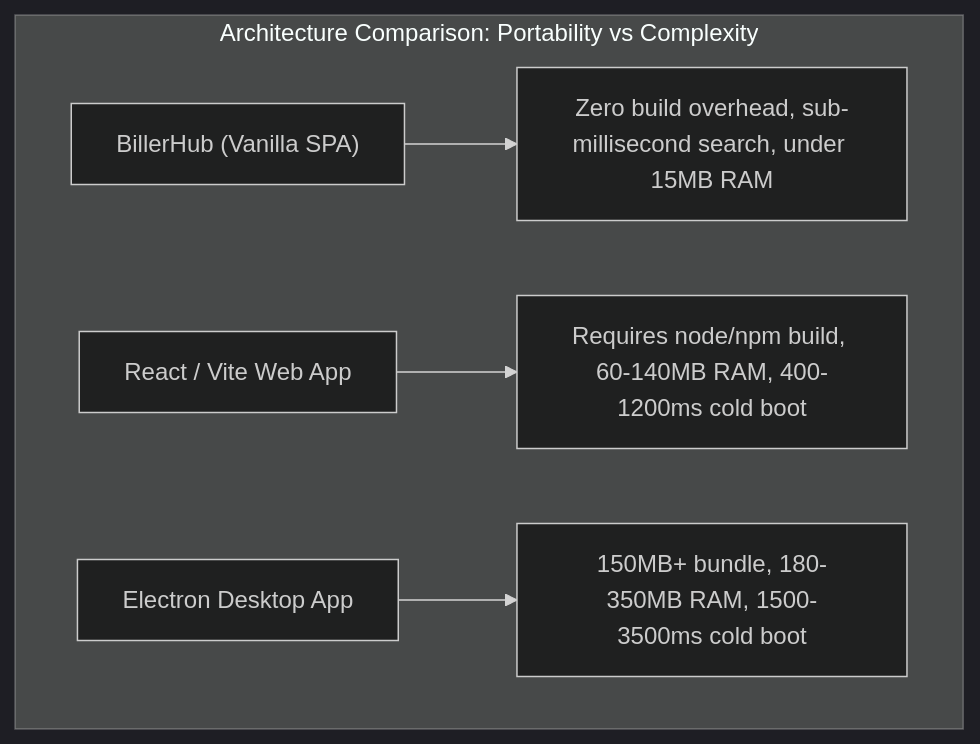
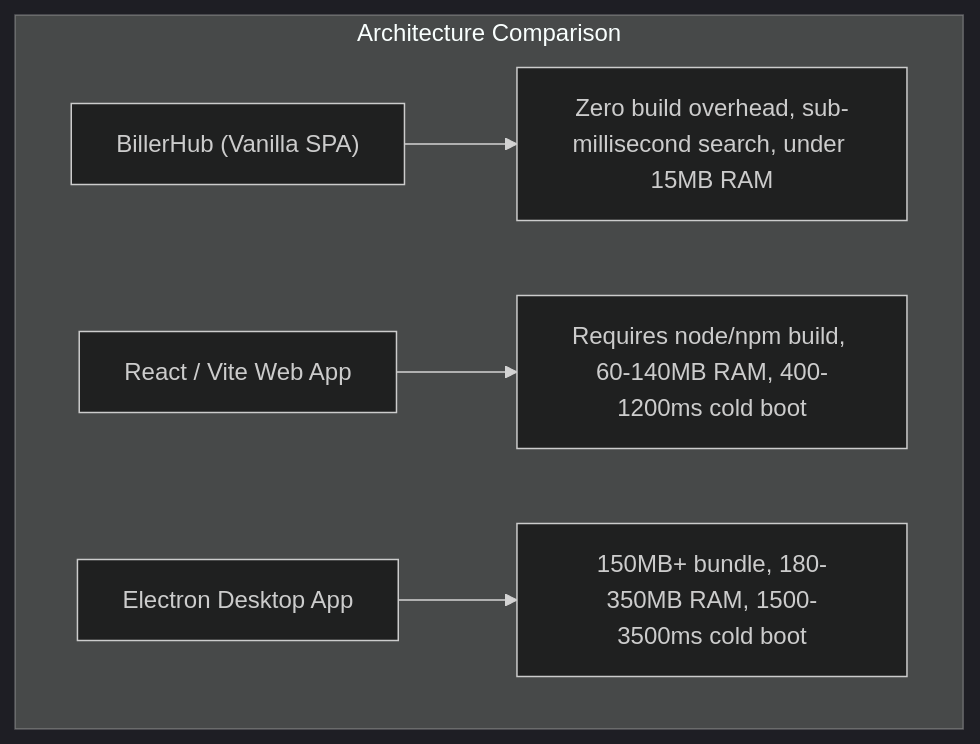
The seventh of 7 diagrams in synced-docs/cf-admin/documentation/archive/DO NOT SCAN!/SYSTEM_PERFORMANCE_AND_SECURITY.md (Harshil8136/chess-game1), drawn with Mermaid (dark theme) before and after one commit. The commit also changed other lines of this file and 4 other files, not shown here.

````diff
--- a/synced-docs/cf-admin/documentation/archive/DO NOT SCAN!/SYSTEM_PERFORMANCE_AND_SECURITY.md
+++ b/synced-docs/cf-admin/documentation/archive/DO NOT SCAN!/SYSTEM_PERFORMANCE_AND_SECURITY.md
@@ -359,8 +359,8 @@
 ```mermaid
 flowchart TD
-    subgraph ArchitectureComparison ["Architecture Comparison: Portability vs Complexity"]
+    subgraph ArchitectureComparison [Architecture Comparison]
         A1["BillerHub (Vanilla SPA)"] --> A1Desc["Zero build overhead, sub-millisecond search, under 15MB RAM"]
         A2["React / Vite Web App"] --> A2Desc["Requires node/npm build, 60-140MB RAM, 400-1200ms cold boot"]
         A3["Electron Desktop App"] --> A3Desc["150MB+ bundle, 180-350MB RAM, 1500-3500ms cold boot"]
     end
 ```
````
